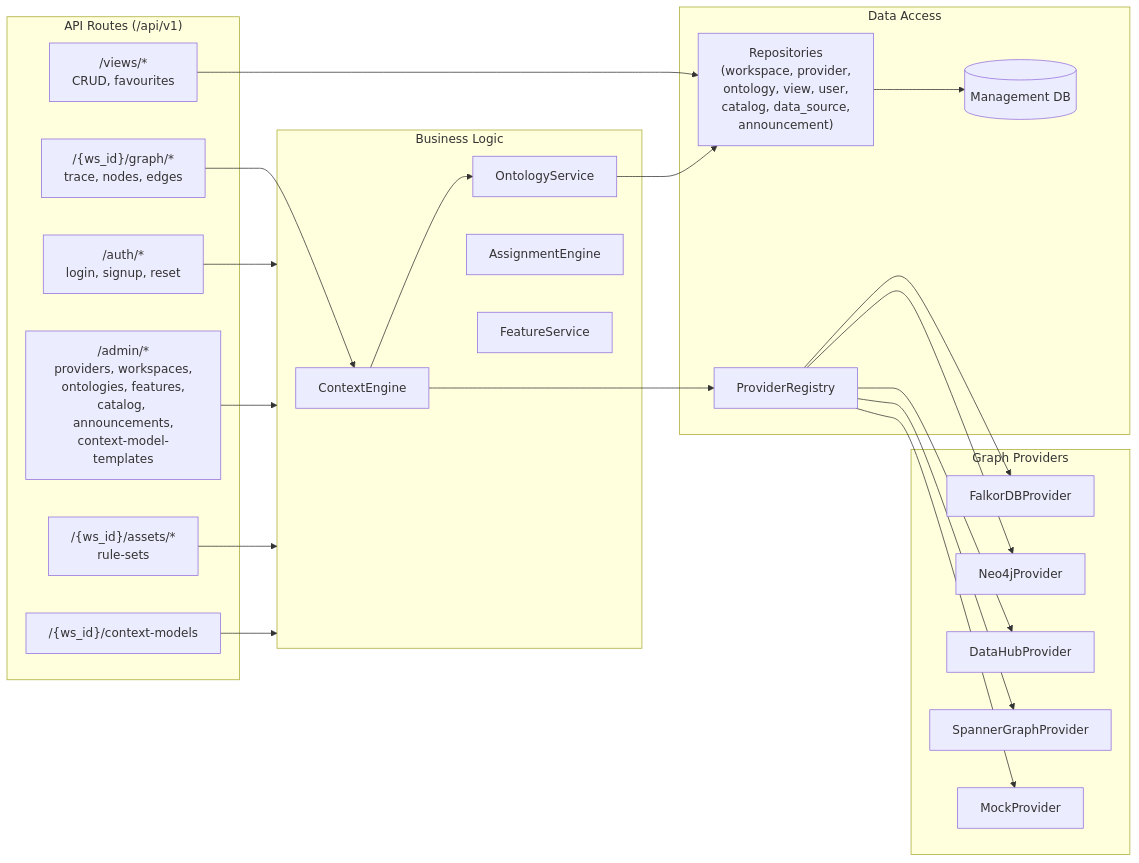
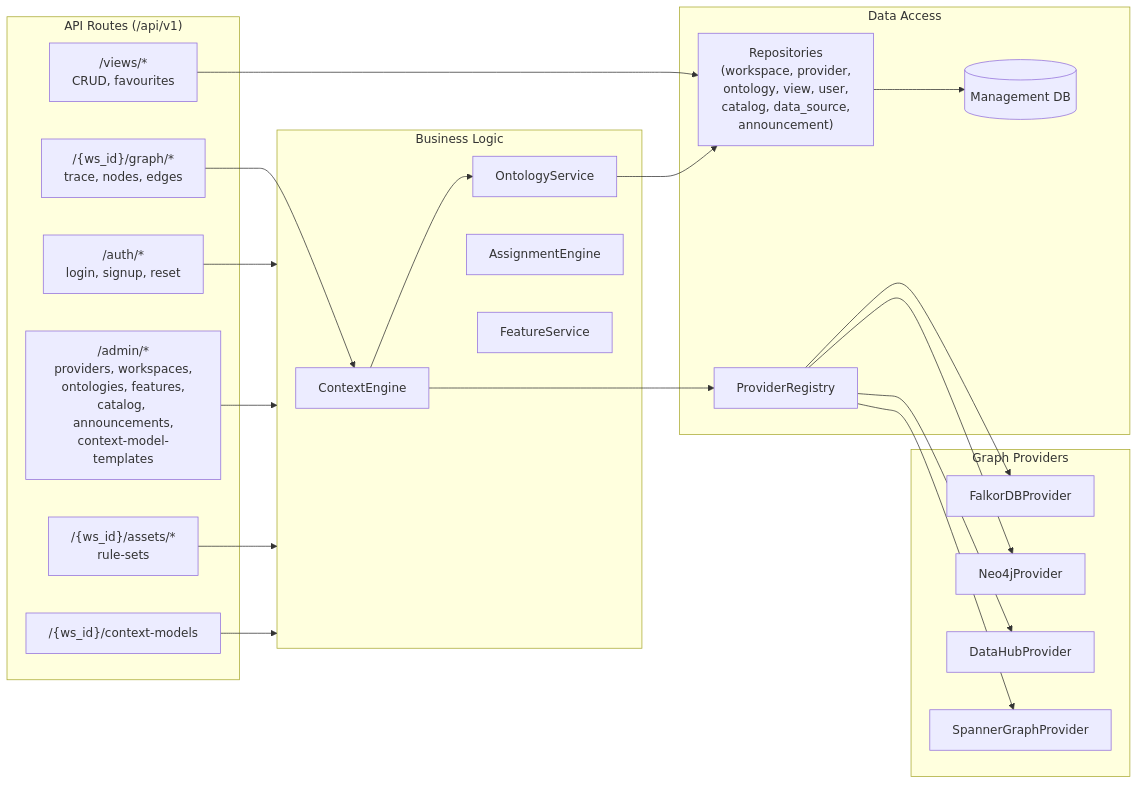
The third of 6 diagrams in docs/ARCHITECTURE.md (rkrumins/dataviz), drawn with Mermaid before and after one commit. The commit also changed other lines of this file and 33 other files, not shown here.

````diff
--- a/docs/ARCHITECTURE.md
+++ b/docs/ARCHITECTURE.md
@@ -195,51 +195,49 @@
 ```mermaid
 graph LR
     subgraph Routes["API Routes (/api/v1)"]
         AuthR["/auth/*<br/>login, signup, reset"]
         AdminR["/admin/*<br/>providers, workspaces,<br/>ontologies, features,<br/>catalog, announcements,<br/>context-model-templates"]
         GraphR["/{ws_id}/graph/*<br/>trace, nodes, edges"]
         ViewR["/views/*<br/>CRUD, favourites"]
         AssetR["/{ws_id}/assets/*<br/>rule-sets"]
         CMR["/{ws_id}/context-models"]
     end
 
     subgraph Services["Business Logic"]
         CE2[ContextEngine]
         OntSvc[OntologyService]
         AssignEng[AssignmentEngine]
         FeatSvc[FeatureService]
     end
 
     subgraph Data["Data Access"]
         PR2[ProviderRegistry]
         RepoLayer["Repositories<br/>(workspace, provider,<br/>ontology, view, user,<br/>catalog, data_source,<br/>announcement)"]
         DB2[(Management DB)]
     end
 
     subgraph Providers["Graph Providers"]
         FP[FalkorDBProvider]
         NP[Neo4jProvider]
         DP[DataHubProvider]
         SP[SpannerGraphProvider]
-        MP[MockProvider]
     end
 
     AuthR --> Services
     AdminR --> Services
     GraphR --> CE2
     ViewR --> RepoLayer
     AssetR --> Services
     CMR --> Services
 
     CE2 --> PR2
     CE2 --> OntSvc
     OntSvc --> RepoLayer
     RepoLayer --> DB2
 
     PR2 --> FP
     PR2 --> NP
     PR2 --> DP
     PR2 --> SP
-    PR2 --> MP
 
 ```
````
